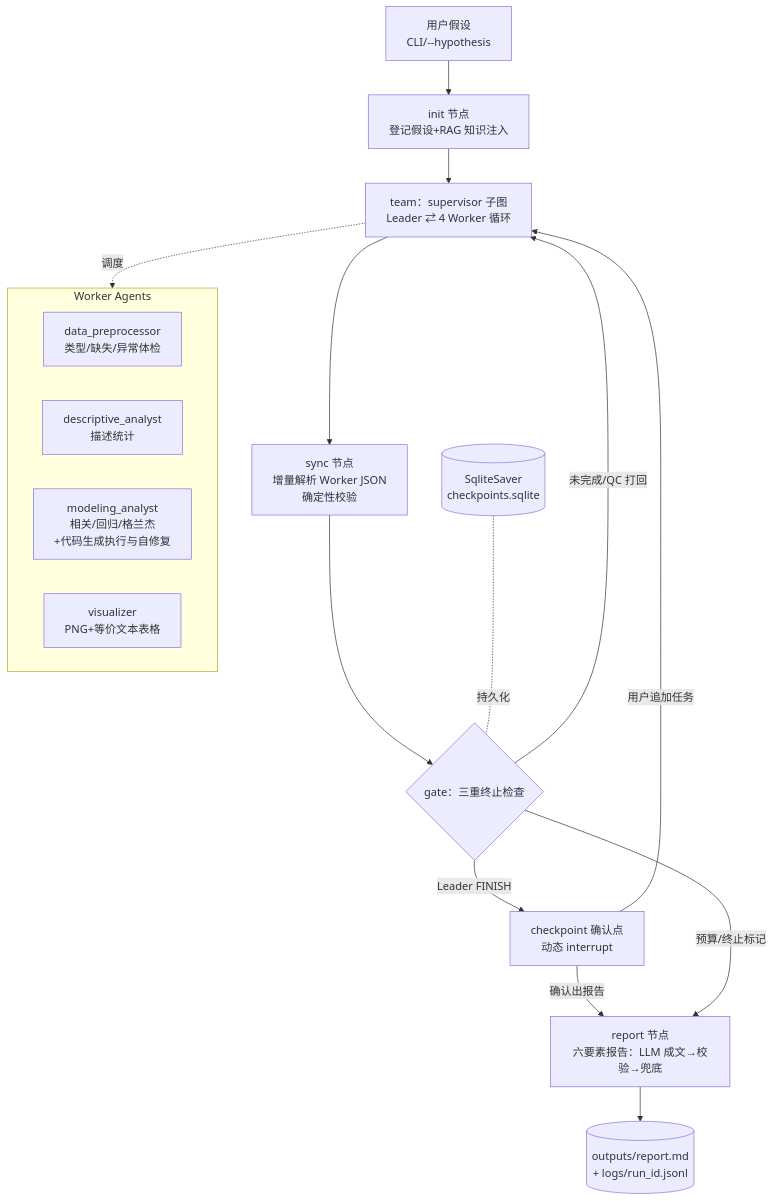
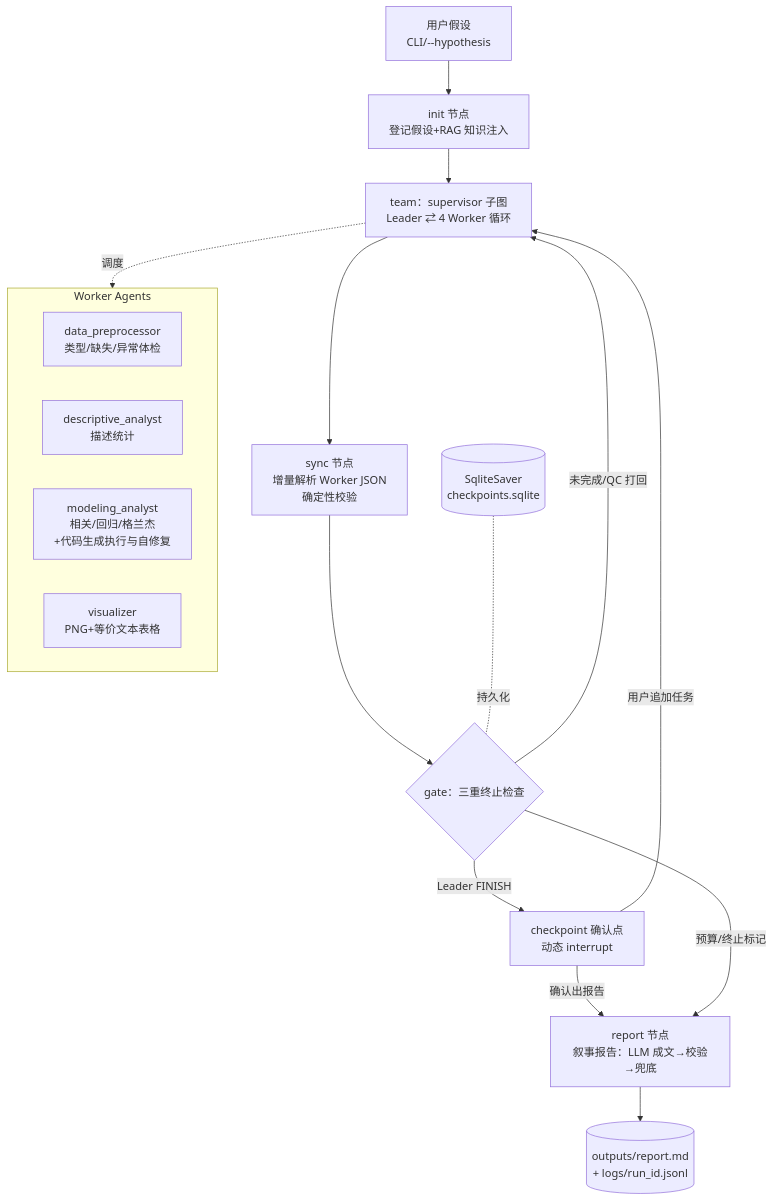
The diagram in README.md (HugoOu/mini-autostat), drawn with Mermaid before and after one commit. The commit also changed other lines of this file and 22 other files, not shown here.

First line of the commit message:
D-035~D-039: native English charts, report model tiering, renderable image paths

````diff
--- a/README.md
+++ b/README.md
@@ -35,24 +37,24 @@
 ```mermaid
 flowchart TD
     U[用户假设<br>CLI/--hypothesis] --> INIT[init 节点<br>登记假设+RAG 知识注入]
     INIT --> TEAM["team：supervisor 子图<br>Leader ⇄ 4 Worker 循环"]
 
     subgraph W [Worker Agents]
         P[data_preprocessor<br>类型/缺失/异常体检]
         D[descriptive_analyst<br>描述统计]
         M[modeling_analyst<br>相关/回归/格兰杰<br>+代码生成执行与自修复]
         V[visualizer<br>PNG+等价文本表格]
     end
     TEAM -.调度.-> W
 
     TEAM --> SYNC[sync 节点<br>增量解析 Worker JSON<br>确定性校验]
     SYNC --> GATE{gate：三重终止检查}
     GATE -- 未完成/QC 打回 --> TEAM
     GATE -- Leader FINISH --> CP[checkpoint 确认点<br>动态 interrupt]
     CP -- 用户追加任务 --> TEAM
-    CP -- 确认出报告 --> REPORT[report 节点<br>六要素报告：LLM 成文→校验→兜底]
+    CP -- 确认出报告 --> REPORT[report 节点<br>叙事报告：LLM 成文→校验→兜底]
     GATE -- 预算/终止标记 --> REPORT
     REPORT --> ENDx[(outputs/report.md<br>+ logs/run_id.jsonl)]
 
     SAV[(SqliteSaver<br>checkpoints.sqlite)] -.持久化.- GATE
 ```
````
